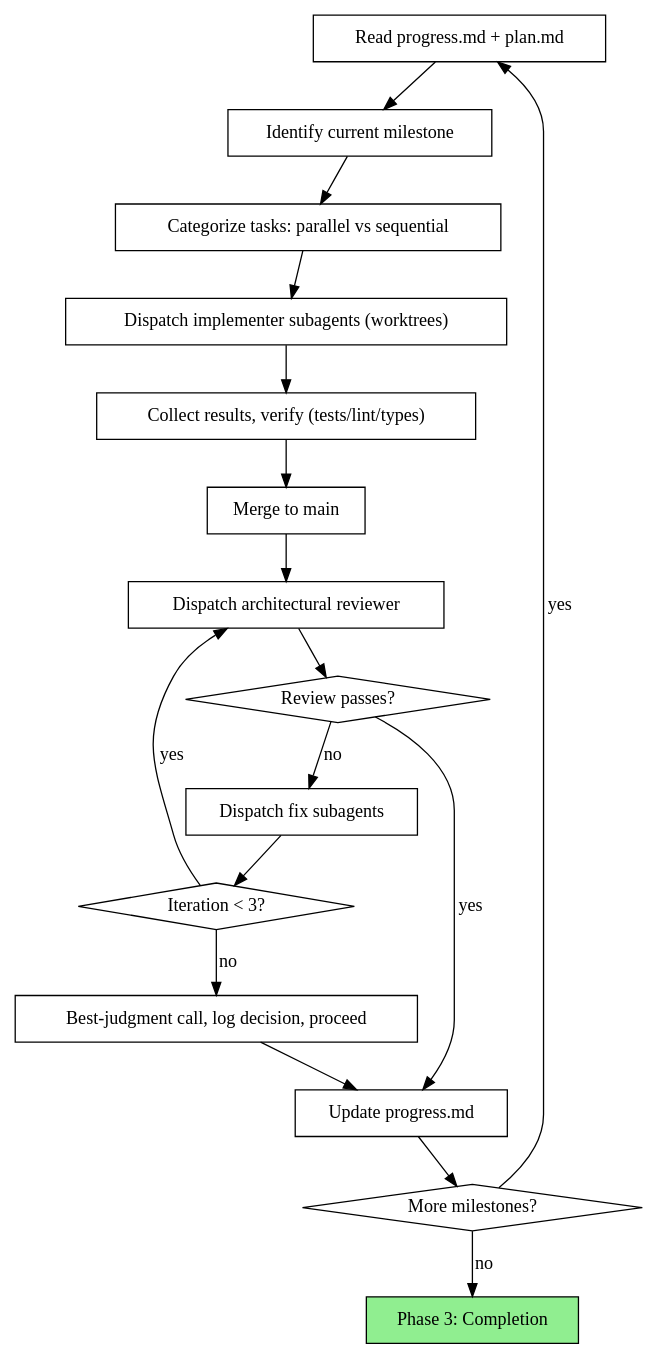
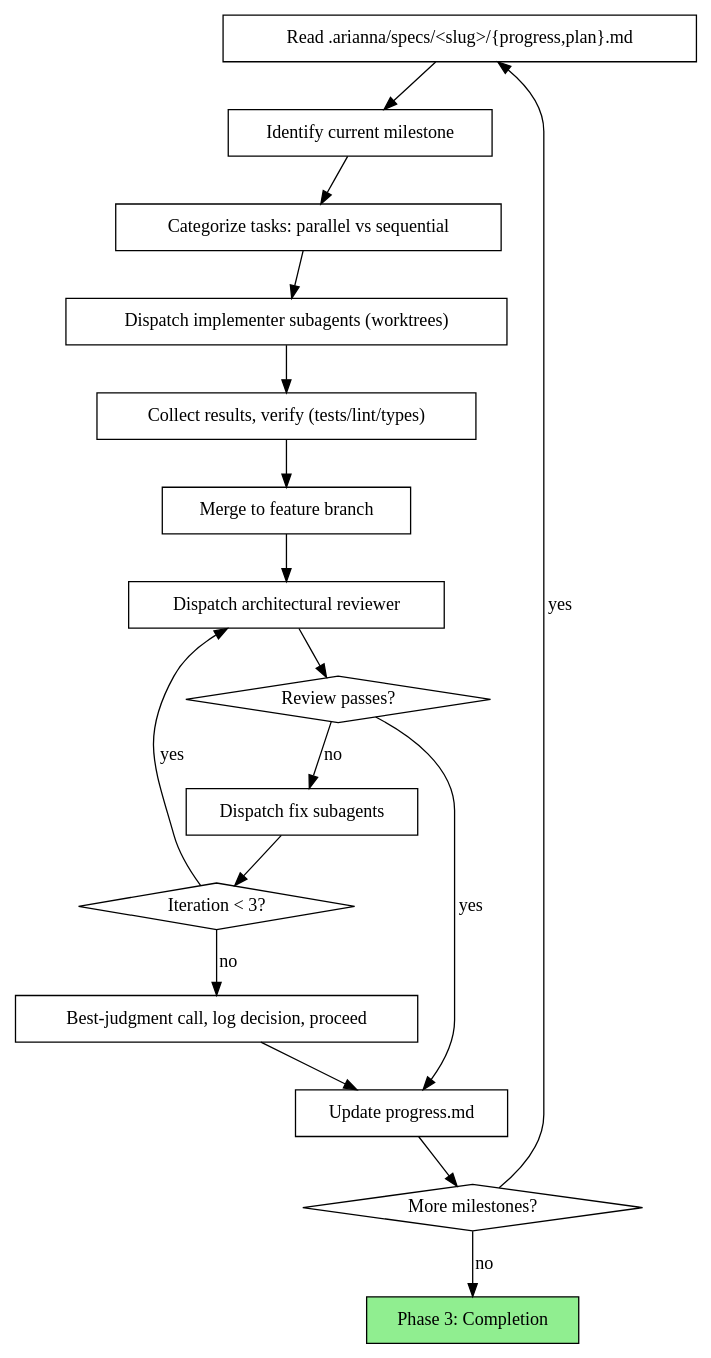
One commit to vadimcomanescu/agents-skills changed the diagram in skills/arianna-autonomous-agent/SKILL.md. Above: the diagram before and after it, drawn with Graphviz. The commit also changed other lines of this file, not shown here.

Commit message:
refactor(arianna-autonomous-agent): Phase 2 slug-scoped paths + feature-branch merge target
Update the orchestration loop diagram nodes, Per-Milestone Execution steps
1 and 5, and Sequential Tasks subsection so Phase 2 reads slug-scoped
.arianna/specs/<slug>/{progress,plan}.md and merges to the feature branch
instead of main. The PR-to-main handoff remains at Phase 3 completion.

````diff
--- a/skills/arianna-autonomous-agent/SKILL.md
+++ b/skills/arianna-autonomous-agent/SKILL.md
@@ -75,37 +75,37 @@
 ```dot
 digraph orchestration {
     rankdir=TB;
 
-    "Read progress.md + plan.md" [shape=box];
+    "Read .arianna/specs/<slug>/{progress,plan}.md" [shape=box];
     "Identify current milestone" [shape=box];
     "Categorize tasks: parallel vs sequential" [shape=box];
     "Dispatch implementer subagents (worktrees)" [shape=box];
     "Collect results, verify (tests/lint/types)" [shape=box];
-    "Merge to main" [shape=box];
+    "Merge to feature branch" [shape=box];
     "Dispatch architectural reviewer" [shape=box];
     "Review passes?" [shape=diamond];
     "Dispatch fix subagents" [shape=box];
     "Iteration < 3?" [shape=diamond];
     "Best-judgment call, log decision, proceed" [shape=box];
     "Update progress.md" [shape=box];
     "More milestones?" [shape=diamond];
     "Phase 3: Completion" [shape=box style=filled fillcolor=lightgreen];
 
-    "Read progress.md + plan.md" -> "Identify current milestone";
+    "Read .arianna/specs/<slug>/{progress,plan}.md" -> "Identify current milestone";
     "Identify current milestone" -> "Categorize tasks: parallel vs sequential";
     "Categorize tasks: parallel vs sequential" -> "Dispatch implementer subagents (worktrees)";
     "Dispatch implementer subagents (worktrees)" -> "Collect results, verify (tests/lint/types)";
-    "Collect results, verify (tests/lint/types)" -> "Merge to main";
-    "Merge to main" -> "Dispatch architectural reviewer";
+    "Collect results, verify (tests/lint/types)" -> "Merge to feature branch";
+    "Merge to feature branch" -> "Dispatch architectural reviewer";
     "Dispatch architectural reviewer" -> "Review passes?";
     "Review passes?" -> "Update progress.md" [label="yes"];
     "Review passes?" -> "Dispatch fix subagents" [label="no"];
     "Dispatch fix subagents" -> "Iteration < 3?";
     "Iteration < 3?" -> "Dispatch architectural reviewer" [label="yes"];
     "Iteration < 3?" -> "Best-judgment call, log decision, proceed" [label="no"];
     "Best-judgment call, log decision, proceed" -> "Update progress.md";
     "Update progress.md" -> "More milestones?";
-    "More milestones?" -> "Read progress.md + plan.md" [label="yes"];
+    "More milestones?" -> "Read .arianna/specs/<slug>/{progress,plan}.md" [label="yes"];
     "More milestones?" -> "Phase 3: Completion" [label="no"];
 }
 ```
````
